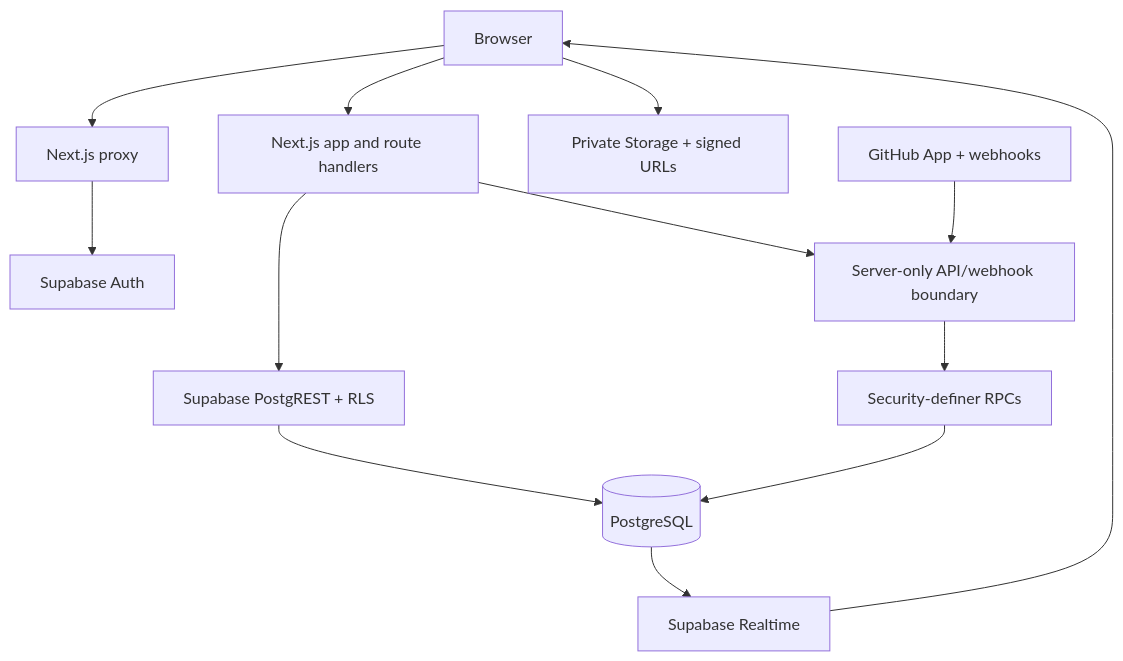
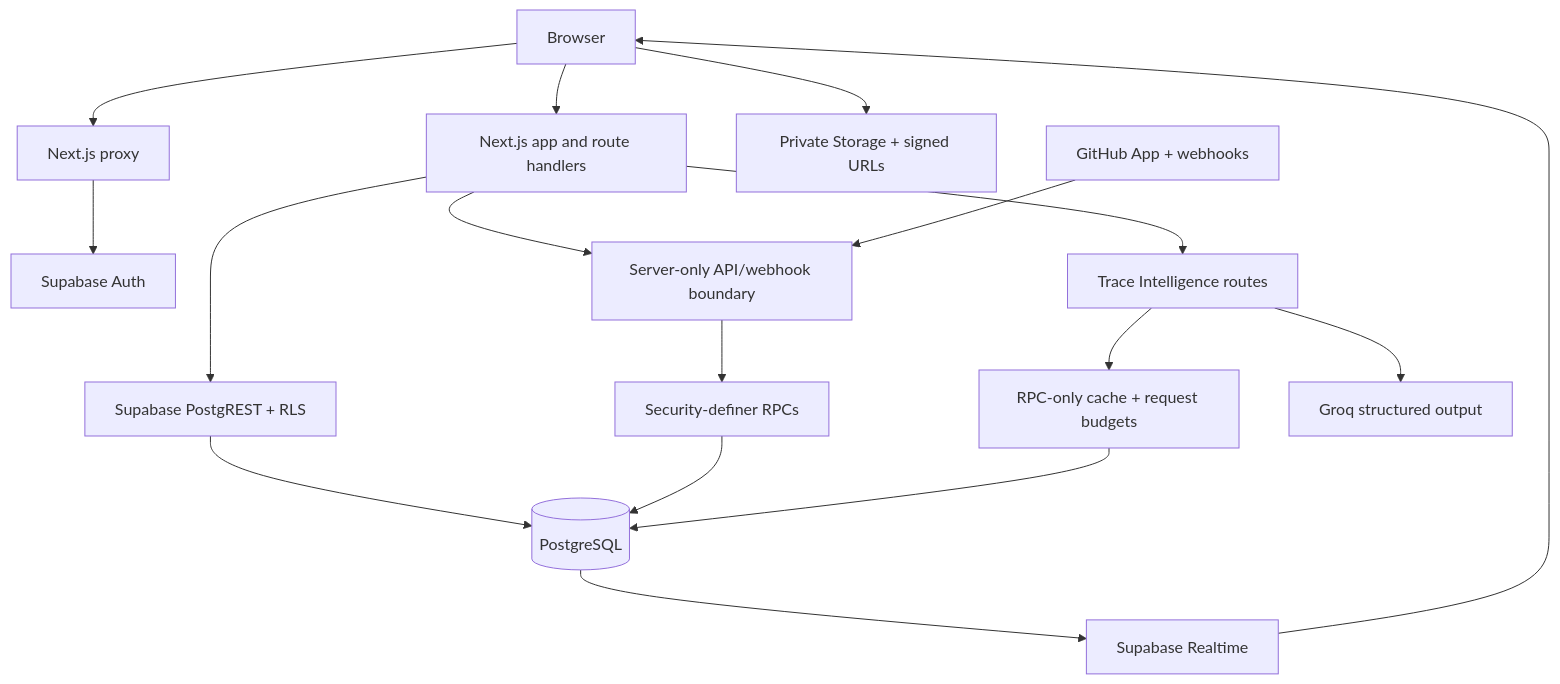
Before and after one commit to ExistedYear/TraceBox: the diagram in README.md, drawn with Mermaid. The commit also changed other lines of this file and 58 other files, not shown here.

````diff
--- a/README.md
+++ b/README.md
@@ -133,15 +147,19 @@
 ```mermaid
 flowchart TD
   Browser[Browser] --> Proxy[Next.js proxy]
   Proxy --> Auth[Supabase Auth]
   Browser --> App[Next.js app and route handlers]
   App --> RLS[Supabase PostgREST + RLS]
   App --> Server[Server-only API/webhook boundary]
   Server --> RPC[Security-definer RPCs]
   RLS --> DB[(PostgreSQL)]
   RPC --> DB
   Browser --> Storage[Private Storage + signed URLs]
   DB --> Realtime[Supabase Realtime]
   Realtime --> Browser
   GitHub[GitHub App + webhooks] --> Server
+  App --> Intelligence[Trace Intelligence routes]
+  Intelligence --> Cache[RPC-only cache + request budgets]
+  Intelligence --> Groq[Groq structured output]
+  Cache --> DB
 ```
````
